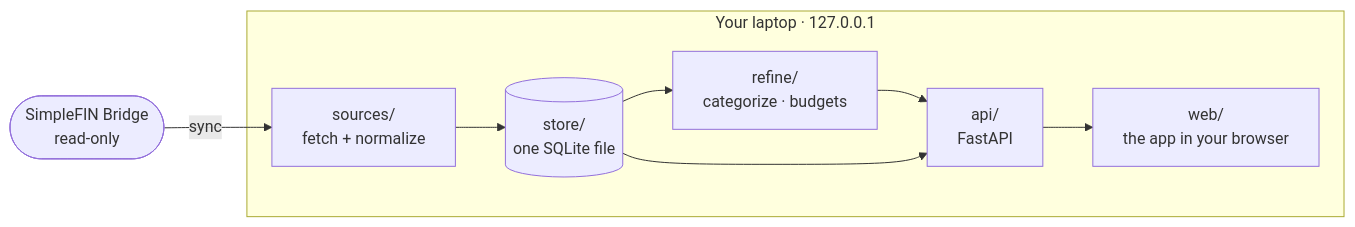
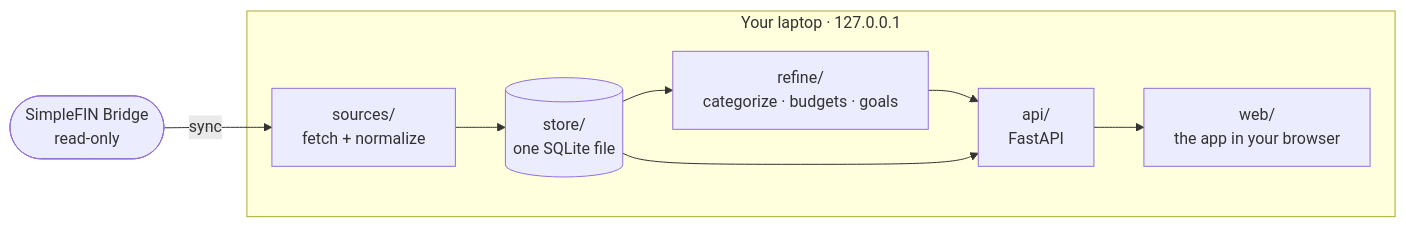
Before and after one commit to blitzave/blitzave: the diagram in README.md, drawn with Mermaid. The commit also changed other lines of this file and 4 other files, not shown here.

First line of the commit message:
Document the architecture and the database schema

````diff
--- a/README.md
+++ b/README.md
@@ -291,11 +298,11 @@
 ```mermaid
 flowchart LR
     SF(["SimpleFIN Bridge<br/>read-only"]) -->|sync| SRC
     subgraph laptop["Your laptop · 127.0.0.1"]
         SRC["sources/<br/>fetch + normalize"] --> STORE[("store/<br/>one SQLite file")]
-        STORE --> REFINE["refine/<br/>categorize · budgets"]
+        STORE --> REFINE["refine/<br/>categorize · budgets · goals"]
         REFINE --> API["api/<br/>FastAPI"]
         STORE --> API
         API --> UI["web/<br/>the app in your browser"]
     end
 ```
````
